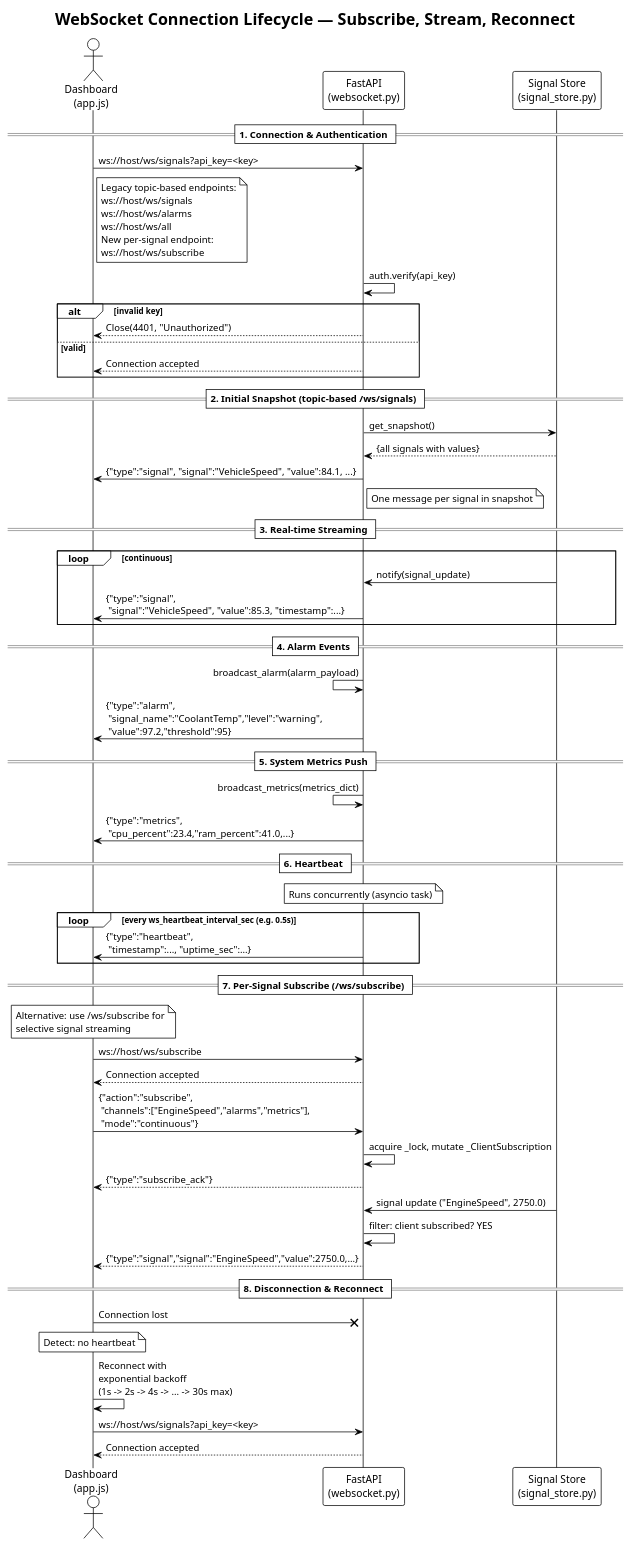
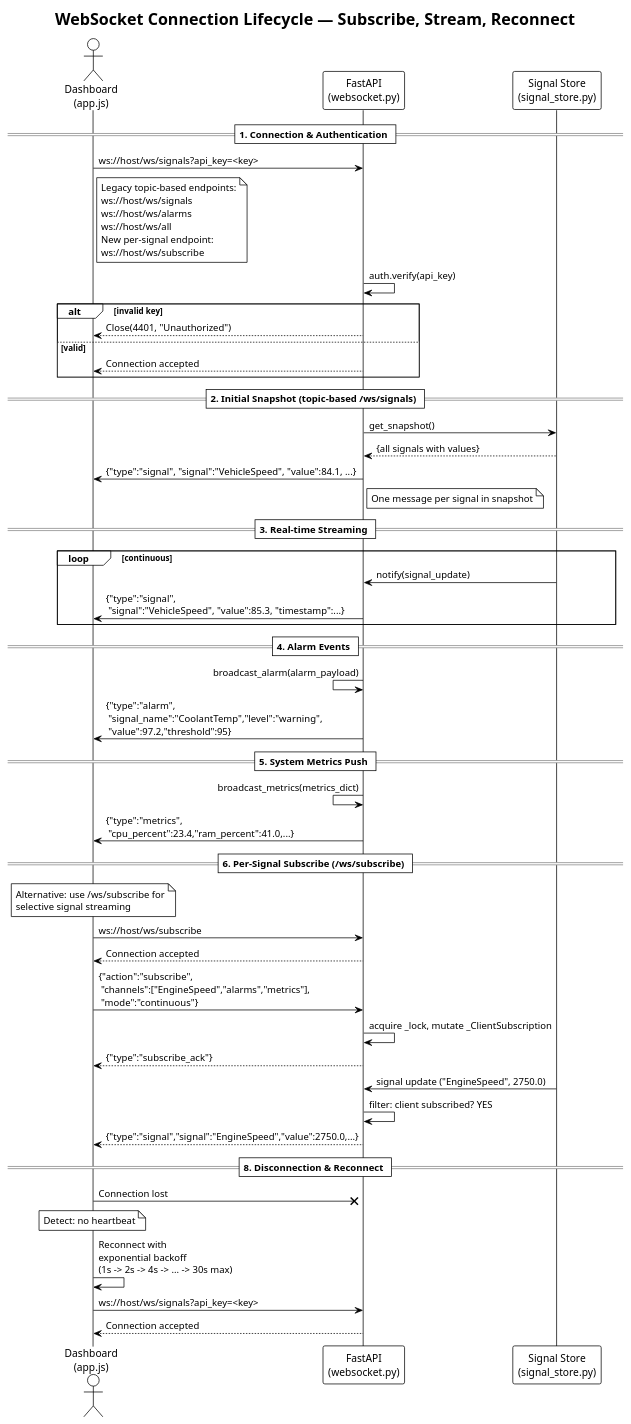
Before and after one commit to 3tdn/car-hmi: the diagram in diagram/07_sequence_websocket.puml, drawn with PlantUML. The commit also changed 18 other files, not shown here.

```diff
--- a/diagram/07_sequence_websocket.puml
+++ b/diagram/07_sequence_websocket.puml
@@ -1,85 +1,77 @@
 @startuml
 !theme plain
 title WebSocket Connection Lifecycle — Subscribe, Stream, Reconnect
 
 actor "Dashboard\n(app.js)" as client
 participant "FastAPI\n(websocket.py)" as ws
 participant "Signal Store\n(signal_store.py)" as store
 
 == 1. Connection & Authentication ==
 client -> ws : ws://host/ws/signals?api_key=<key>
 note right of client
   Legacy topic-based endpoints:
   ws://host/ws/signals
   ws://host/ws/alarms
   ws://host/ws/all
   New per-signal endpoint:
   ws://host/ws/subscribe
 end note
 
 ws -> ws : auth.verify(api_key)
 alt invalid key
     ws --> client : Close(4401, "Unauthorized")
 else valid
     ws --> client : Connection accepted
 end
 
 == 2. Initial Snapshot (topic-based /ws/signals) ==
 ws -> store : get_snapshot()
 store --> ws : {all signals with values}
 ws -> client : {"type":"signal", "signal":"VehicleSpeed", "value":84.1, ...}
 note right of ws
   One message per signal in snapshot
 end note
 
 == 3. Real-time Streaming ==
 loop continuous
     store -> ws : notify(signal_update)
     ws -> client : {"type":"signal",\n "signal":"VehicleSpeed", "value":85.3, "timestamp":...}
 end
 
 == 4. Alarm Events ==
 ws <- ws : broadcast_alarm(alarm_payload)
 ws -> client : {"type":"alarm",\n "signal_name":"CoolantTemp","level":"warning",\n "value":97.2,"threshold":95}
 
 == 5. System Metrics Push ==
 ws <- ws : broadcast_metrics(metrics_dict)
 ws -> client : {"type":"metrics",\n "cpu_percent":23.4,"ram_percent":41.0,...}
 
-== 6. Heartbeat ==
-note over ws
-  Runs concurrently (asyncio task)
-end note
-loop every ws_heartbeat_interval_sec (e.g. 0.5s)
-    ws -> client : {"type":"heartbeat",\n "timestamp":..., "uptime_sec":...}
-end
-
-== 7. Per-Signal Subscribe (/ws/subscribe) ==
+== 6. Per-Signal Subscribe (/ws/subscribe) ==
 note over client
   Alternative: use /ws/subscribe for
   selective signal streaming
 end note
 
 client -> ws : ws://host/ws/subscribe
 ws --> client : Connection accepted
 
 client -> ws : {"action":"subscribe",\n "channels":["EngineSpeed","alarms","metrics"],\n "mode":"continuous"}
 
 ws -> ws : acquire _lock, mutate _ClientSubscription
 ws --> client : {"type":"subscribe_ack"}
 
 store -> ws : signal update ("EngineSpeed", 2750.0)
 ws -> ws : filter: client subscribed? YES
 ws --> client : {"type":"signal","signal":"EngineSpeed","value":2750.0,...}
 
 == 8. Disconnection & Reconnect ==
 client ->x ws : Connection lost
 note over client
   Detect: no heartbeat
 end note
 
 client -> client : Reconnect with\nexponential backoff\n(1s -> 2s -> 4s -> ... -> 30s max)
 client -> ws : ws://host/ws/signals?api_key=<key>
 ws --> client : Connection accepted
 
 @enduml
```
